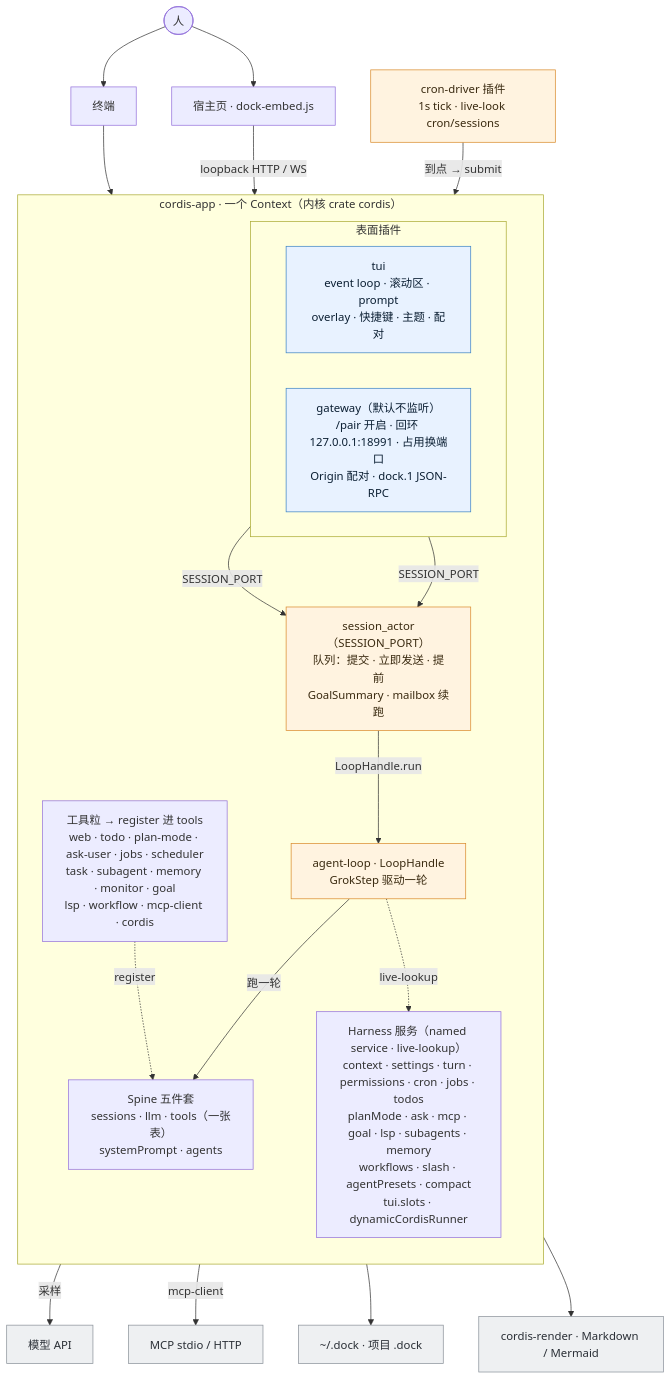
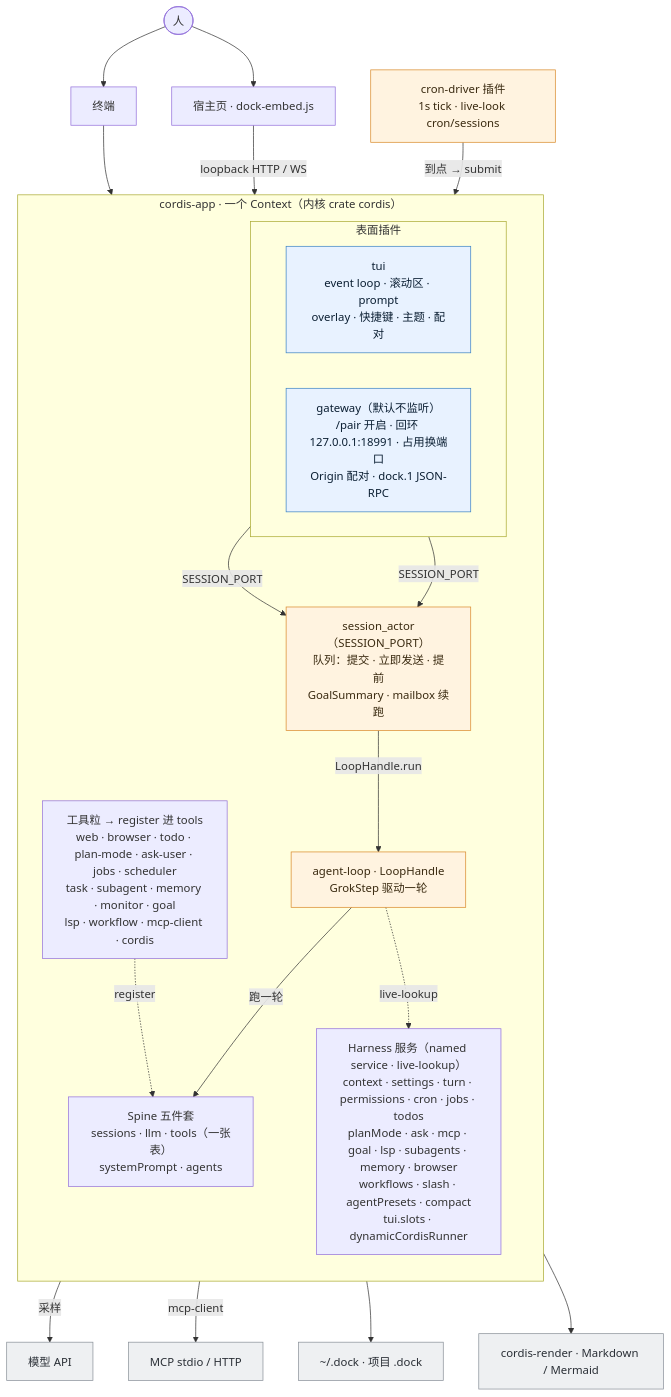
The first of 2 diagrams in README.md (P0lar1ght/dock), drawn with Mermaid before and after one commit. The commit also changed other lines of this file and 15 other files, not shown here.

First line of the commit message:
挂 BUA 驾驶舱骨架：named browser 会话 Closed，browser_* 走 register_deferred。 (#3)

````diff
--- a/README.md
+++ b/README.md
@@ -80,53 +81,53 @@
 ```mermaid
 flowchart TB
   person(["人"])
   term["终端"]
   host["宿主页 · dock-embed.js"]
 
   subgraph app["cordis-app · 一个 Context（内核 crate cordis）"]
     direction TB
 
     subgraph surf["表面插件"]
       direction LR
       tui["tui<br/>event loop · 滚动区 · prompt<br/>overlay · 快捷键 · 主题 · 配对"]
       gw["gateway（默认不监听）<br/>/pair 开启 · 回环 127.0.0.1:18991 · 占用换端口<br/>Origin 配对 · dock.1 JSON-RPC"]
     end
 
     actor["session_actor（SESSION_PORT）<br/>队列：提交 · 立即发送 · 提前<br/>GoalSummary · mailbox 续跑"]
     aloop["agent-loop · LoopHandle<br/>GrokStep 驱动一轮"]
 
     spine["Spine 五件套<br/>sessions · llm · tools（一张表）<br/>systemPrompt · agents"]
 
-    grains["工具粒 → register 进 tools<br/>web · todo · plan-mode · ask-user · jobs · scheduler<br/>task · subagent · memory · monitor · goal<br/>lsp · workflow · mcp-client · cordis"]
+    grains["工具粒 → register 进 tools<br/>web · browser · todo · plan-mode · ask-user · jobs · scheduler<br/>task · subagent · memory · monitor · goal<br/>lsp · workflow · mcp-client · cordis"]
 
-    svc["Harness 服务（named service · live-lookup）<br/>context · settings · turn · permissions · cron · jobs · todos<br/>planMode · ask · mcp · goal · lsp · subagents · memory<br/>workflows · slash · agentPresets · compact<br/>tui.slots · dynamicCordisRunner"]
+    svc["Harness 服务（named service · live-lookup）<br/>context · settings · turn · permissions · cron · jobs · todos<br/>planMode · ask · mcp · goal · lsp · subagents · memory · browser<br/>workflows · slash · agentPresets · compact<br/>tui.slots · dynamicCordisRunner"]
   end
 
   person --> term --> tui
   person --> host -->|"loopback HTTP / WS"| gw
 
   tui -->|"SESSION_PORT"| actor
   gw -->|"SESSION_PORT"| actor
   tick["cron-driver 插件<br/>1s tick · live-look cron/sessions"] -->|"到点 → submit"| actor
   actor -->|"LoopHandle.run"| aloop
   aloop -->|"跑一轮"| spine
   aloop -.->|"live-lookup"| svc
   grains -.->|"register"| spine
 
   api["模型 API"]
   mcp["MCP stdio / HTTP"]
   disk["~/.dock · 项目 .dock"]
   render["cordis-render · Markdown / Mermaid"]
 
   spine -->|"采样"| api
   grains -->|"mcp-client"| mcp
   svc --> disk
   tui --> render
 
   classDef surface fill:#e8f2ff,stroke:#3b82c4,color:#0b1f33;
   classDef core fill:#fff3e0,stroke:#d98a2b,color:#3a2a10;
   classDef ext fill:#eef0f2,stroke:#8a9199,color:#2a2f36;
   class tui,gw surface;
   class tick,actor,aloop core;
   class api,mcp,disk,render ext;
 ```
````
